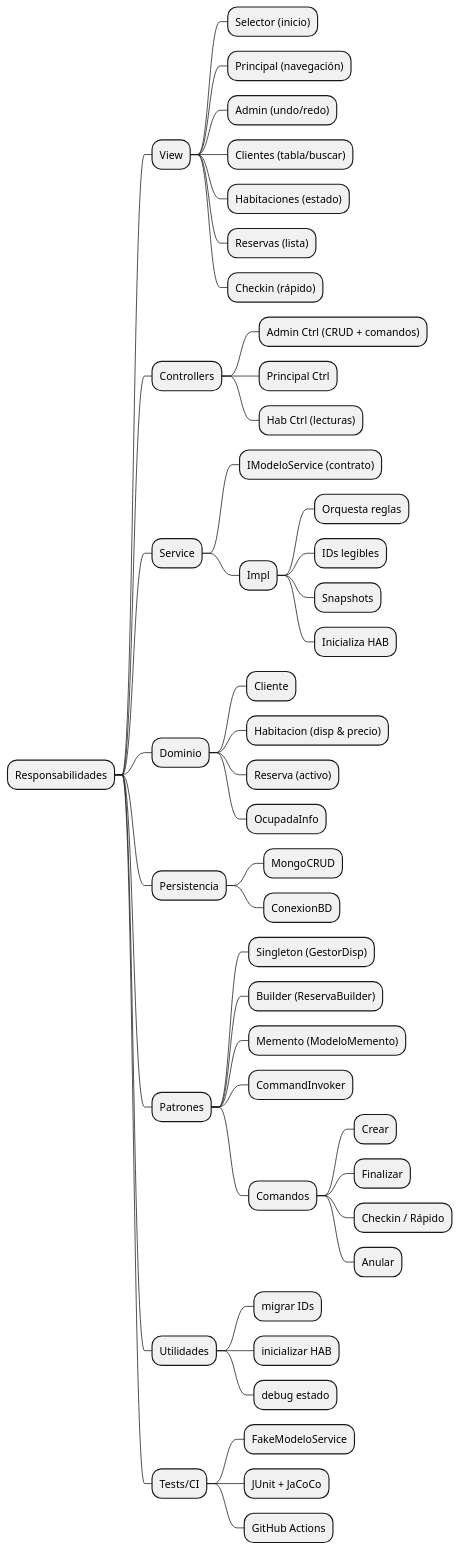
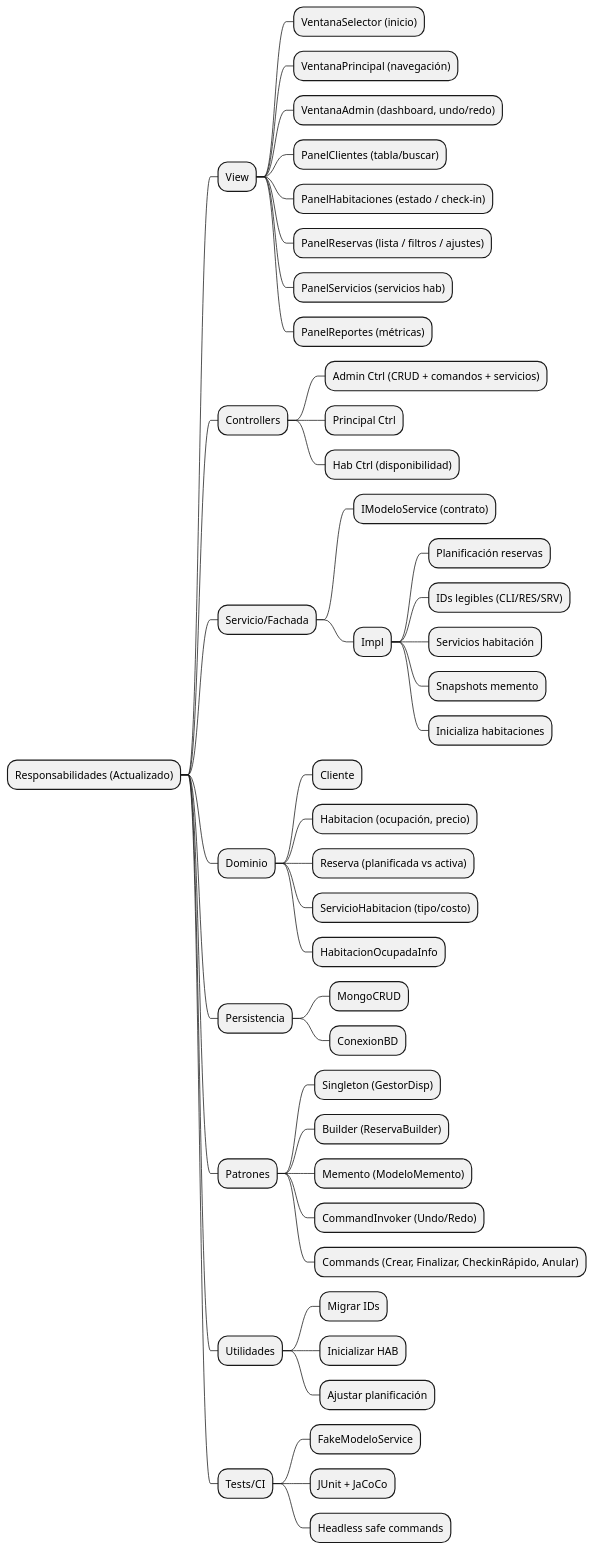
The diagram in docs/responsabilidades-mindmap.puml (angeldev7/P3ProyectoPooFinal), drawn with PlantUML before and after one commit. The commit also changed 10 other files, not shown here.

First line of the commit message:
Actualizar el manual del usuario y añadir diagramas de arquitectura.

```diff
--- a/docs/responsabilidades-mindmap.puml
+++ b/docs/responsabilidades-mindmap.puml
@@ -1,48 +1,47 @@
 @startmindmap
-* Responsabilidades
+* Responsabilidades (Actualizado)
 ** View
-*** Selector (inicio)
-*** Principal (navegación)
-*** Admin (undo/redo)
-*** Clientes (tabla/buscar)
-*** Habitaciones (estado)
-*** Reservas (lista)
-*** Checkin (rápido)
+*** VentanaSelector (inicio)
+*** VentanaPrincipal (navegación)
+*** VentanaAdmin (dashboard, undo/redo)
+*** PanelClientes (tabla/buscar)
+*** PanelHabitaciones (estado / check-in)
+*** PanelReservas (lista / filtros / ajustes)
+*** PanelServicios (servicios hab)
+*** PanelReportes (métricas)
 ** Controllers
-*** Admin Ctrl (CRUD + comandos)
+*** Admin Ctrl (CRUD + comandos + servicios)
 *** Principal Ctrl
-*** Hab Ctrl (lecturas)
-** Service
+*** Hab Ctrl (disponibilidad)
+** Servicio/Fachada
 *** IModeloService (contrato)
 *** Impl
-**** Orquesta reglas
-**** IDs legibles
-**** Snapshots
-**** Inicializa HAB
+**** Planificación reservas
+**** IDs legibles (CLI/RES/SRV)
+**** Servicios habitación
+**** Snapshots memento
+**** Inicializa habitaciones
 ** Dominio
 *** Cliente
-*** Habitacion (disp & precio)
-*** Reserva (activo)
-*** OcupadaInfo
+*** Habitacion (ocupación, precio)
+*** Reserva (planificada vs activa)
+*** ServicioHabitacion (tipo/costo)
+*** HabitacionOcupadaInfo
 ** Persistencia
 *** MongoCRUD
 *** ConexionBD
 ** Patrones
 *** Singleton (GestorDisp)
 *** Builder (ReservaBuilder)
 *** Memento (ModeloMemento)
-*** CommandInvoker
-*** Comandos
-**** Crear
-**** Finalizar
-**** Checkin / Rápido
-**** Anular
+*** CommandInvoker (Undo/Redo)
+*** Commands (Crear, Finalizar, CheckinRápido, Anular)
 ** Utilidades
-*** migrar IDs
-*** inicializar HAB
-*** debug estado
+*** Migrar IDs
+*** Inicializar HAB
+*** Ajustar planificación
 ** Tests/CI
 *** FakeModeloService
 *** JUnit + JaCoCo
-*** GitHub Actions
+*** Headless safe commands
 @endmindmap
```
